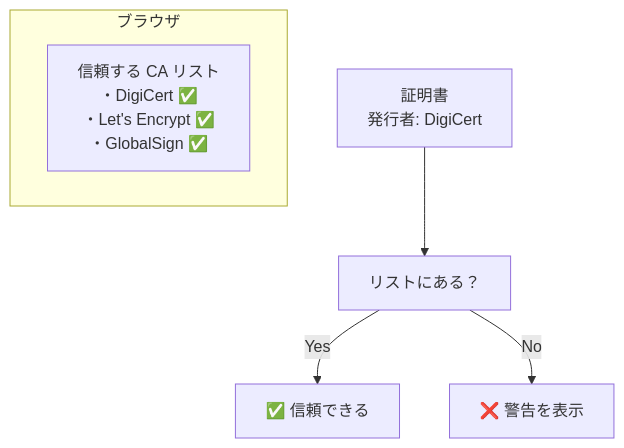
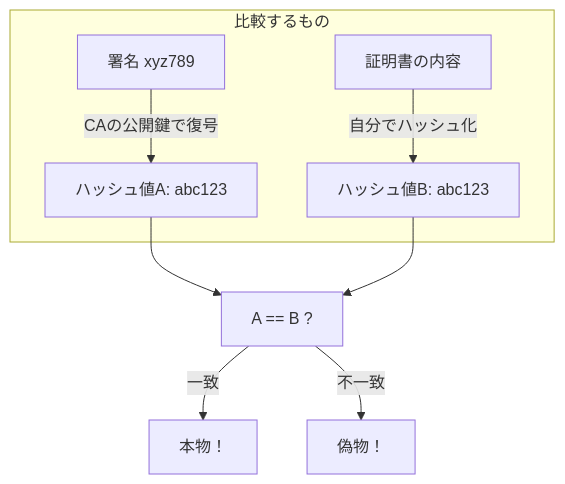
One commit to muratanaoki/party-box changed the tenth of 15 diagrams in docs/curriculum/02-aws-http.md. Above: the diagram before and after it, drawn with Mermaid. The commit also changed other lines of this file, not shown here.

````diff
--- a/docs/curriculum/02-aws-http.md
+++ b/docs/curriculum/02-aws-http.md
@@ -414,10 +425,12 @@
 ```mermaid
 flowchart TB
-    subgraph Browser["ブラウザ"]
-        List["信頼する CA リスト<br/>・DigiCert ✅<br/>・Let's Encrypt ✅<br/>・GlobalSign ✅"]
+    subgraph Compare["比較するもの"]
+        Sig["署名 xyz789"] -->|CAの公開鍵で復号| HashA["ハッシュ値A: abc123"]
+        Cert["証明書の内容"] -->|自分でハッシュ化| HashB["ハッシュ値B: abc123"]
     end
 
-    Cert["証明書<br/>発行者: DigiCert"] --> Check["リストにある？"]
-    Check -->|Yes| OK["✅ 信頼できる"]
-    Check -->|No| NG["❌ 警告を表示"]
+    HashA --> Check["A == B ?"]
+    HashB --> Check
+    Check -->|一致| OK["本物！"]
+    Check -->|不一致| NG["偽物！"]
 ```
````
